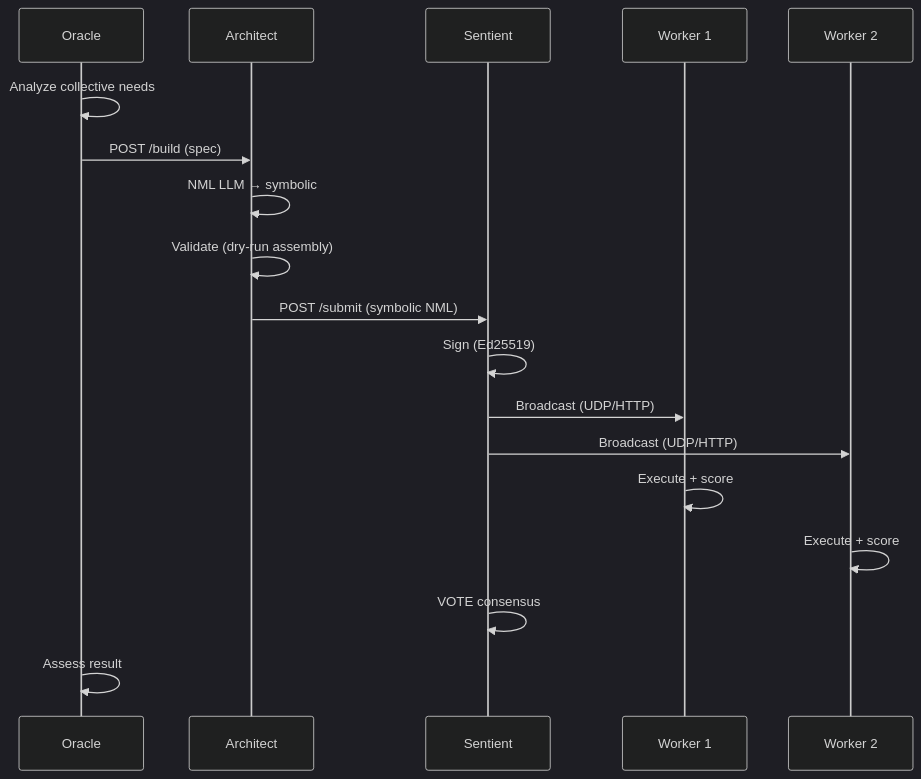
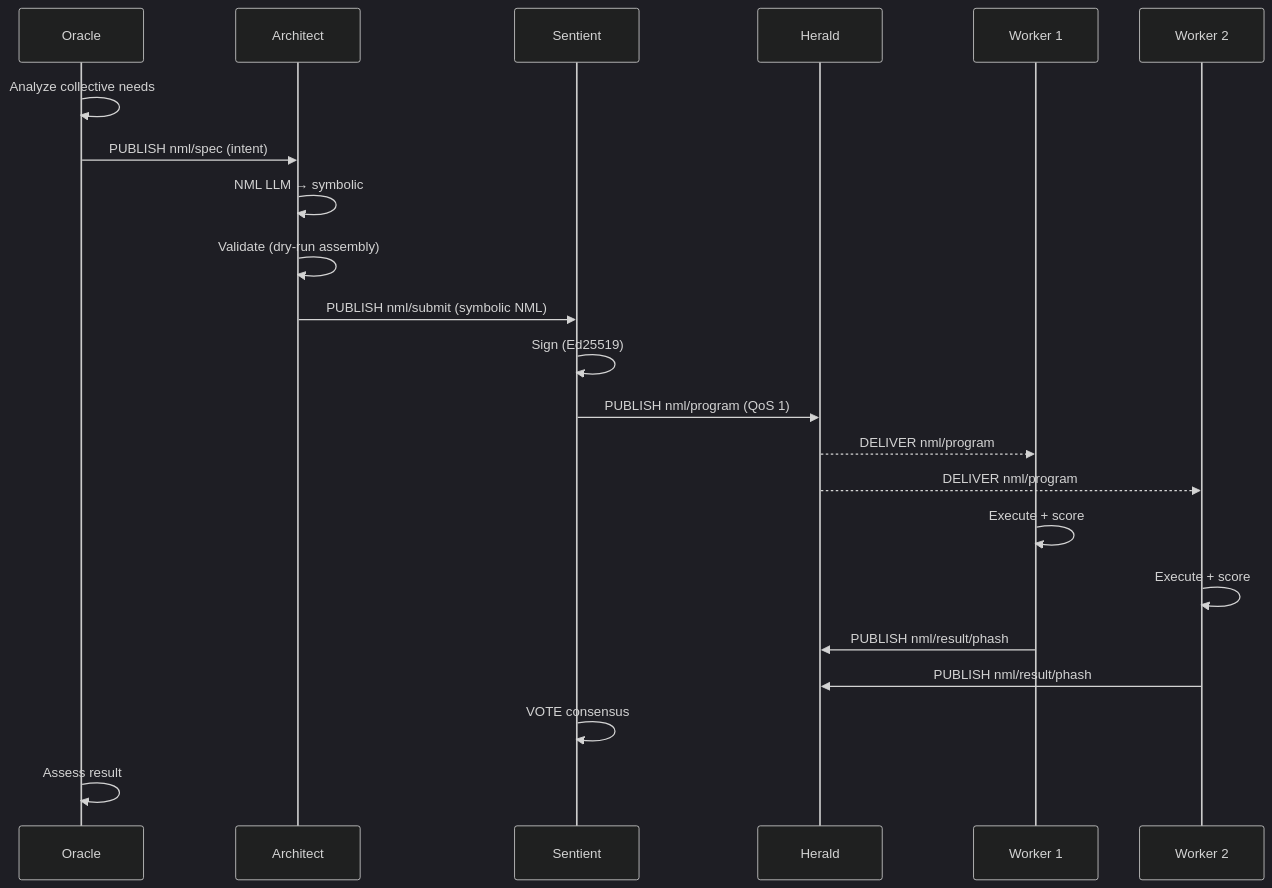
One commit to dnamaz/nml-collective changed the sixth of 9 diagrams in docs/ARCHITECTURE.md. Above: the diagram before and after it, drawn with Mermaid (dark theme). The commit also changed other lines of this file and 82 other files, not shown here.

````diff
--- a/docs/ARCHITECTURE.md
+++ b/docs/ARCHITECTURE.md
@@ -192,21 +220,25 @@
 ```mermaid
 sequenceDiagram
     participant O as Oracle
     participant A as Architect
     participant S as Sentient
+    participant H as Herald
     participant W1 as Worker 1
     participant W2 as Worker 2
 
     O->>O: Analyze collective needs
-    O->>A: POST /build (spec)
+    O->>A: PUBLISH nml/spec (intent)
     A->>A: NML LLM → symbolic
     A->>A: Validate (dry-run assembly)
-    A->>S: POST /submit (symbolic NML)
+    A->>S: PUBLISH nml/submit (symbolic NML)
     S->>S: Sign (Ed25519)
-    S->>W1: Broadcast (UDP/HTTP)
-    S->>W2: Broadcast (UDP/HTTP)
+    S->>H: PUBLISH nml/program (QoS 1)
+    H-->>W1: DELIVER nml/program
+    H-->>W2: DELIVER nml/program
     W1->>W1: Execute + score
     W2->>W2: Execute + score
+    W1->>H: PUBLISH nml/result/phash
+    W2->>H: PUBLISH nml/result/phash
     S->>S: VOTE consensus
     O->>O: Assess result
 ```
````
